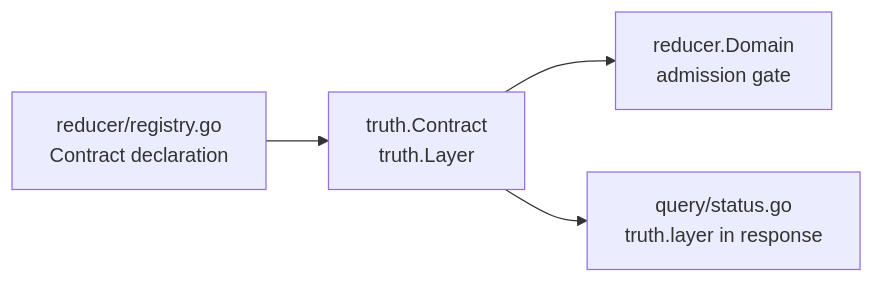
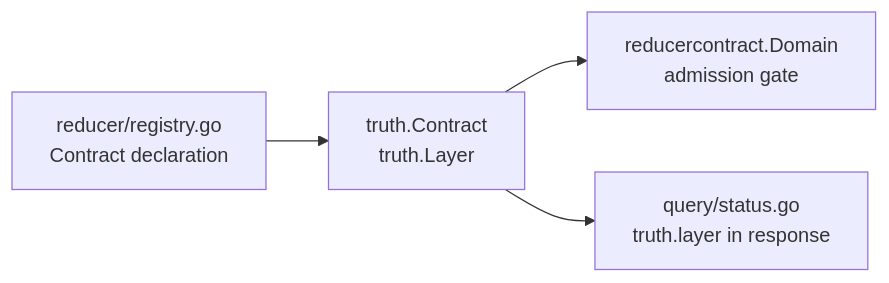
The diagram in go/internal/truth/README.md (eshu-hq/eshu), drawn with Mermaid before and after one commit. The commit also changed 116 other files, not shown here.

````diff
--- a/go/internal/truth/README.md
+++ b/go/internal/truth/README.md
@@ -55,6 +55,6 @@
 ```mermaid
 flowchart LR
   A["reducer/registry.go\nContract declaration"] --> B["truth.Contract\ntruth.Layer"]
-  B --> C["reducer.Domain\nadmission gate"]
+  B --> C["reducercontract.Domain\nadmission gate"]
   B --> D["query/status.go\ntruth.layer in response"]
 ```
````
